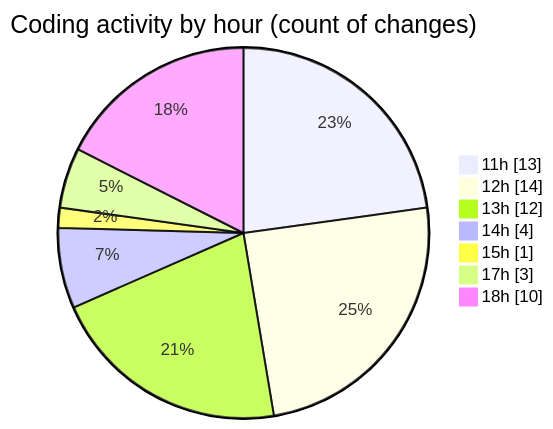
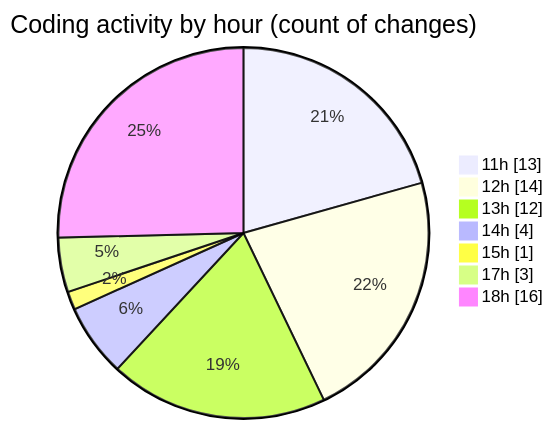
The second of 2 diagrams in 2025-12-29/nxtqube_webapp/README.md (nxtqubesakshisongat/code-tracking), drawn with Mermaid before and after one commit. The commit also changed other lines of this file and 1 other file, not shown here.

````diff
--- a/2025-12-29/nxtqube_webapp/README.md
+++ b/2025-12-29/nxtqube_webapp/README.md
@@ -33,11 +33,11 @@
 ```mermaid
 pie showData
 title Coding activity by hour (count of changes)
 "11h" : 13
 "12h" : 14
 "13h" : 12
 "14h" : 4
 "15h" : 1
 "17h" : 3
-"18h" : 10
+"18h" : 16
 ```
````
